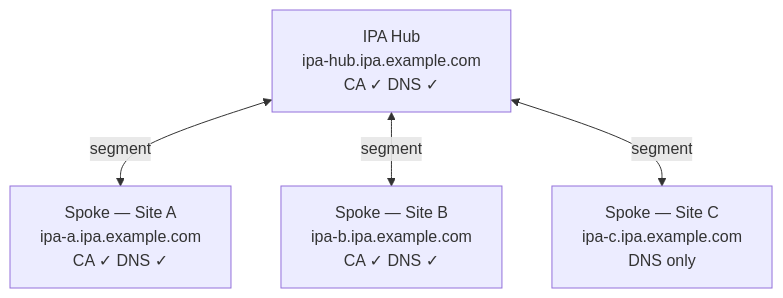
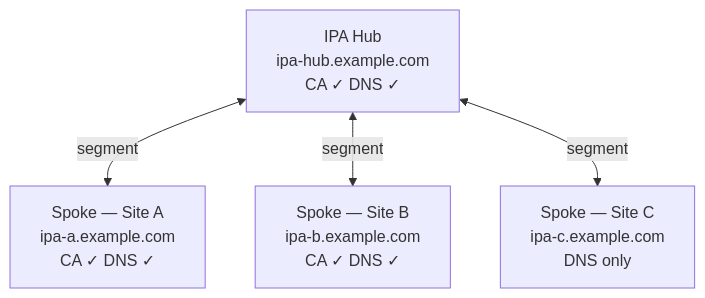
Before and after one commit to UncleJS/course_FreeIPA: the fourth of 15 diagrams in 12_replication_topology.md, drawn with Mermaid. The commit also changed other lines of this file and 22 other files, not shown here.

````diff
--- a/12_replication_topology.md
+++ b/12_replication_topology.md
@@ -94,11 +94,11 @@
 ```mermaid
 graph TD
-    HUB["IPA Hub<br/>ipa-hub.ipa.example.com<br/>CA ✓ DNS ✓"]
-    S1["Spoke — Site A<br/>ipa-a.ipa.example.com<br/>CA ✓ DNS ✓"]
-    S2["Spoke — Site B<br/>ipa-b.ipa.example.com<br/>CA ✓ DNS ✓"]
-    S3["Spoke — Site C<br/>ipa-c.ipa.example.com<br/>DNS only"]
+    HUB["IPA Hub<br/>ipa-hub.example.com<br/>CA ✓ DNS ✓"]
+    S1["Spoke — Site A<br/>ipa-a.example.com<br/>CA ✓ DNS ✓"]
+    S2["Spoke — Site B<br/>ipa-b.example.com<br/>CA ✓ DNS ✓"]
+    S3["Spoke — Site C<br/>ipa-c.example.com<br/>DNS only"]
 
     HUB <-->|segment| S1
     HUB <-->|segment| S2
     HUB <-->|segment| S3
 ```
````
